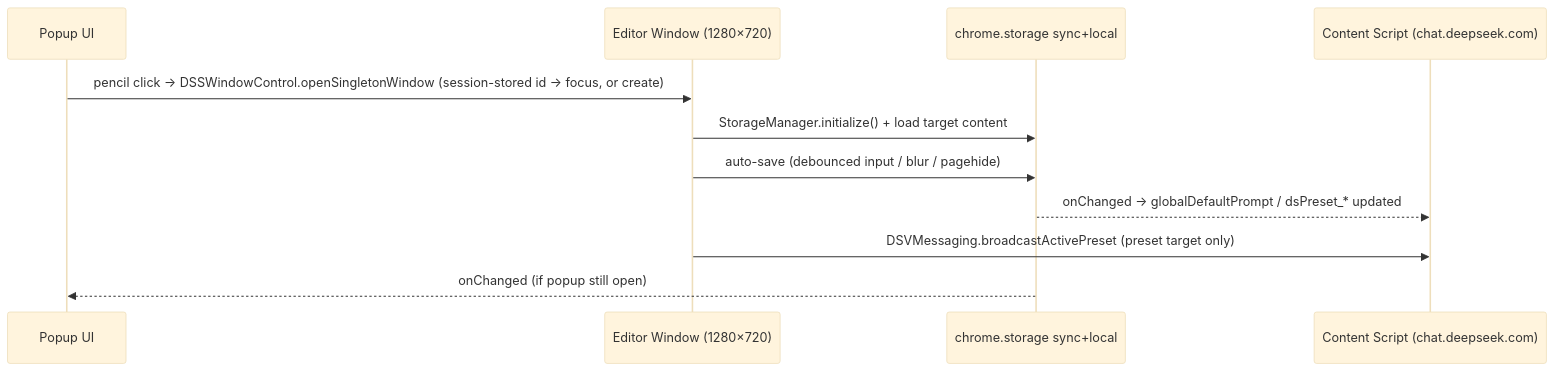
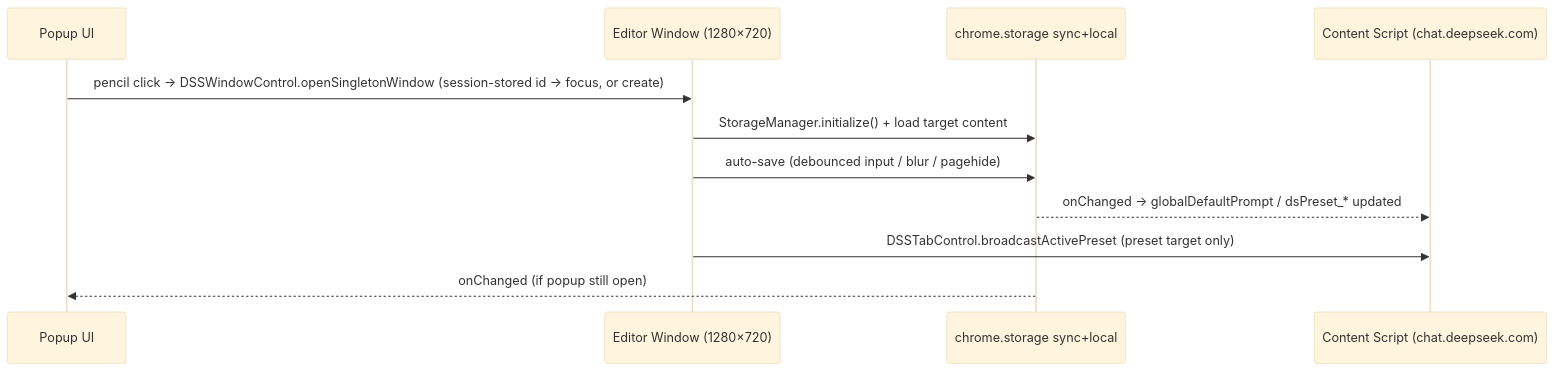
Before and after one commit to sov1n14/ds-studio: the diagram in docs/architecture/POPUP.md, drawn with Mermaid (base theme). The commit also changed other lines of this file and 11 other files, not shown here.

````diff
--- a/docs/architecture/POPUP.md
+++ b/docs/architecture/POPUP.md
@@ -321,14 +331,14 @@
 ```mermaid
 sequenceDiagram
     participant Popup as Popup UI
     participant Editor as Editor Window (1280×720)
     participant Storage as chrome.storage sync+local
     participant Content as Content Script (chat.deepseek.com)
 
     Popup->>Editor: pencil click → DSSWindowControl.openSingletonWindow (session-stored id → focus, or create)
     Editor->>Storage: StorageManager.initialize() + load target content
     Editor->>Storage: auto-save (debounced input / blur / pagehide)
     Storage-->>Content: onChanged → globalDefaultPrompt / dsPreset_* updated
-    Editor->>Content: DSVMessaging.broadcastActivePreset (preset target only)
+    Editor->>Content: DSSTabControl.broadcastActivePreset (preset target only)
     Storage-->>Popup: onChanged (if popup still open)
 ```
````
